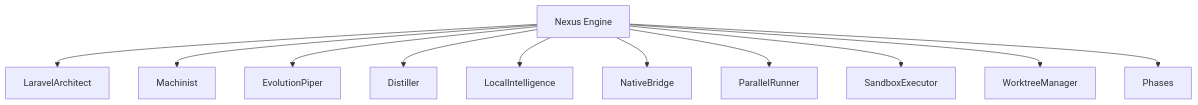
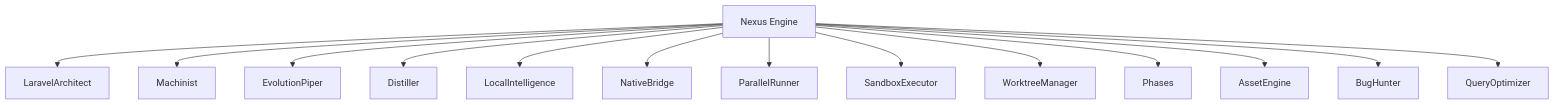
The ninth of 16 diagrams in .qoder/repowiki/en/content/Core Architecture/Core Architecture.md (Faisal-Trainer/Human-AI-Nexus), drawn with Mermaid before and after one commit. The commit also changed other lines of this file and 21 other files, not shown here.

````diff
--- a/.qoder/repowiki/en/content/Core Architecture/Core Architecture.md
+++ b/.qoder/repowiki/en/content/Core Architecture/Core Architecture.md
@@ -406,13 +442,16 @@
 ```mermaid
 graph TB
 NE["Nexus Engine"] --> LA["LaravelArchitect"]
 NE --> MC["Machinist"]
 NE --> EV["EvolutionPiper"]
 NE --> DI["Distiller"]
 NE --> LO["LocalIntelligence"]
 NE --> BR["NativeBridge"]
 NE --> PR["ParallelRunner"]
 NE --> SX["SandboxExecutor"]
 NE --> WT["WorktreeManager"]
 NE --> PH["Phases"]
+NE --> AE["AssetEngine"]
+NE --> BH["BugHunter"]
+NE --> QO["QueryOptimizer"]
 ```
````
